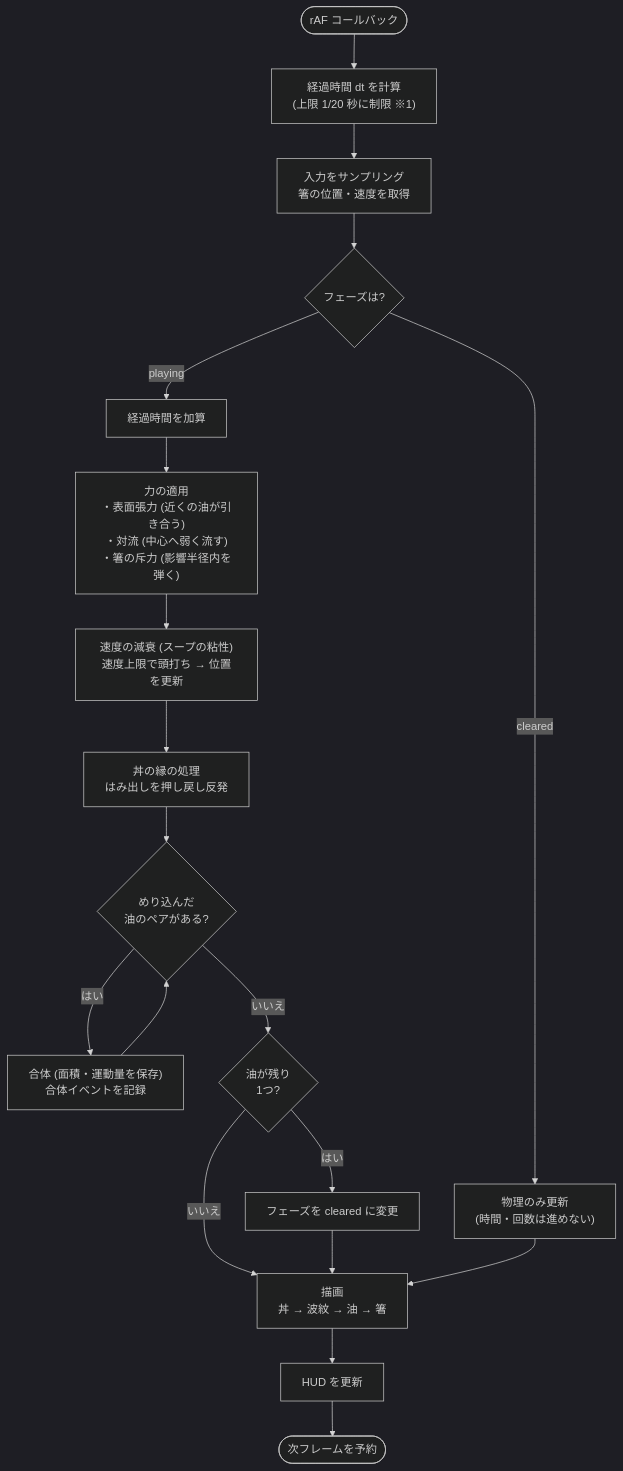
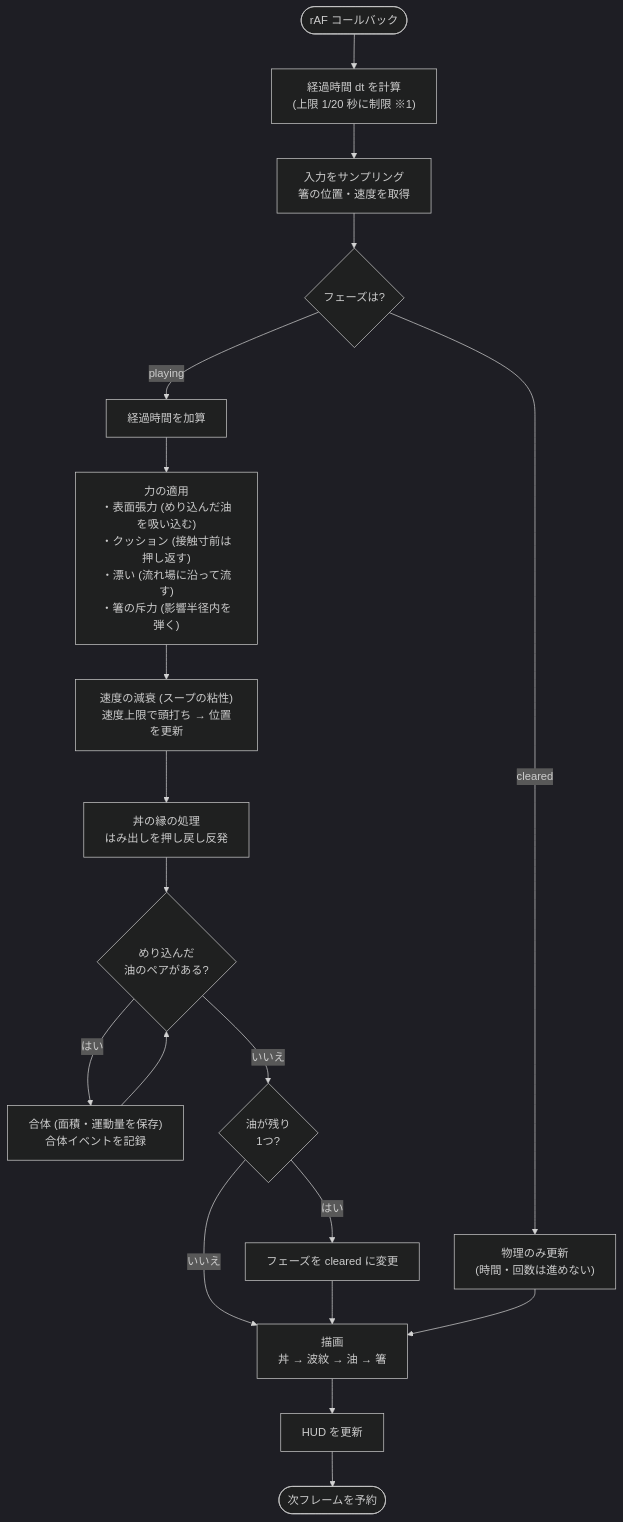
One commit to yama-shu/oil_game changed the second of 3 diagrams in docs/architecture.md. Above: the diagram before and after it, drawn with Mermaid (dark theme). The commit also changed other lines of this file and 4 other files, not shown here.

````diff
--- a/docs/architecture.md
+++ b/docs/architecture.md
@@ -48,19 +48,19 @@
 ```mermaid
 flowchart TD
     Start([rAF コールバック]) --> DT["経過時間 dt を計算<br>(上限 1/20 秒に制限 ※1)"]
     DT --> Sample["入力をサンプリング<br>箸の位置・速度を取得"]
     Sample --> Phase{フェーズは?}
     Phase -- playing --> Time[経過時間を加算]
-    Time --> Forces["力の適用<br>・表面張力 (近くの油が引き合う)<br>・対流 (中心へ弱く流す)<br>・箸の斥力 (影響半径内を弾く)"]
+    Time --> Forces["力の適用<br>・表面張力 (めり込んだ油を吸い込む)<br>・クッション (接触寸前は押し返す)<br>・漂い (流れ場に沿って流す)<br>・箸の斥力 (影響半径内を弾く)"]
     Forces --> Move["速度の減衰 (スープの粘性)<br>速度上限で頭打ち → 位置を更新"]
     Move --> Bound["丼の縁の処理<br>はみ出しを押し戻し反発"]
     Bound --> Merge{"めり込んだ<br>油のペアがある?"}
     Merge -- はい --> DoMerge["合体 (面積・運動量を保存)<br>合体イベントを記録"]
     DoMerge --> Merge
     Merge -- いいえ --> Clear{"油が残り<br>1つ?"}
     Clear -- はい --> SetClear["フェーズを cleared に変更"]
     Clear -- いいえ --> Draw
     SetClear --> Draw["描画<br>丼 → 波紋 → 油 → 箸"]
     Phase -- cleared --> Drift["物理のみ更新<br>(時間・回数は進めない)"] --> Draw
     Draw --> HUD[HUD を更新] --> Next([次フレームを予約])
 ```
````
